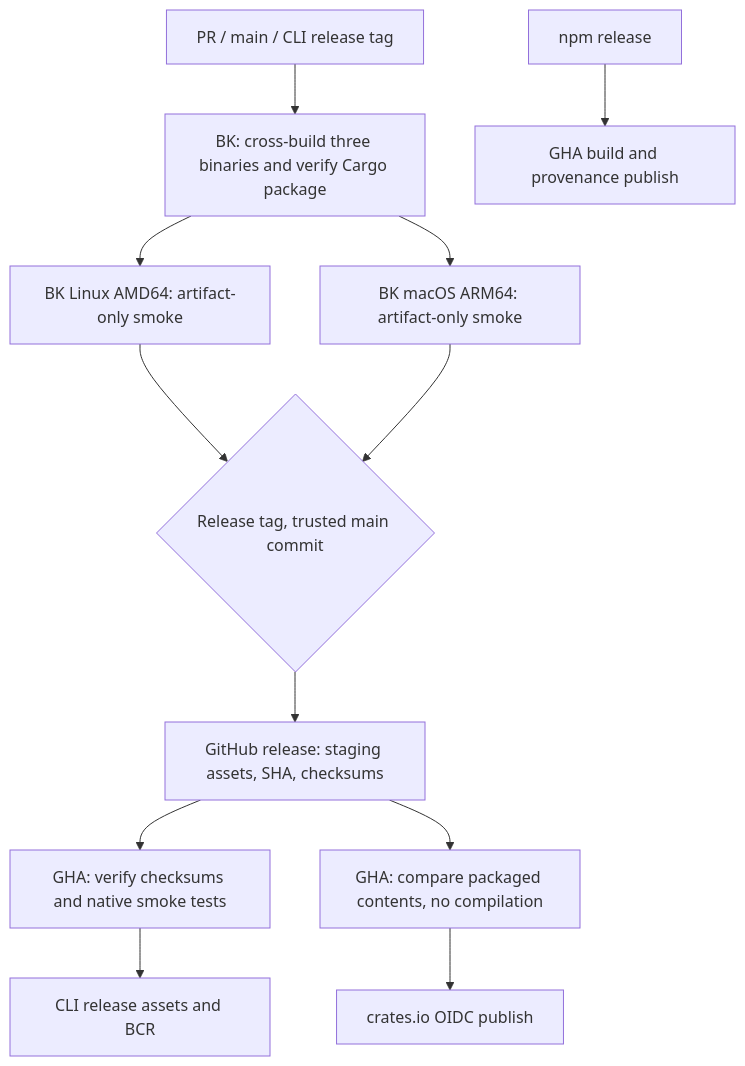
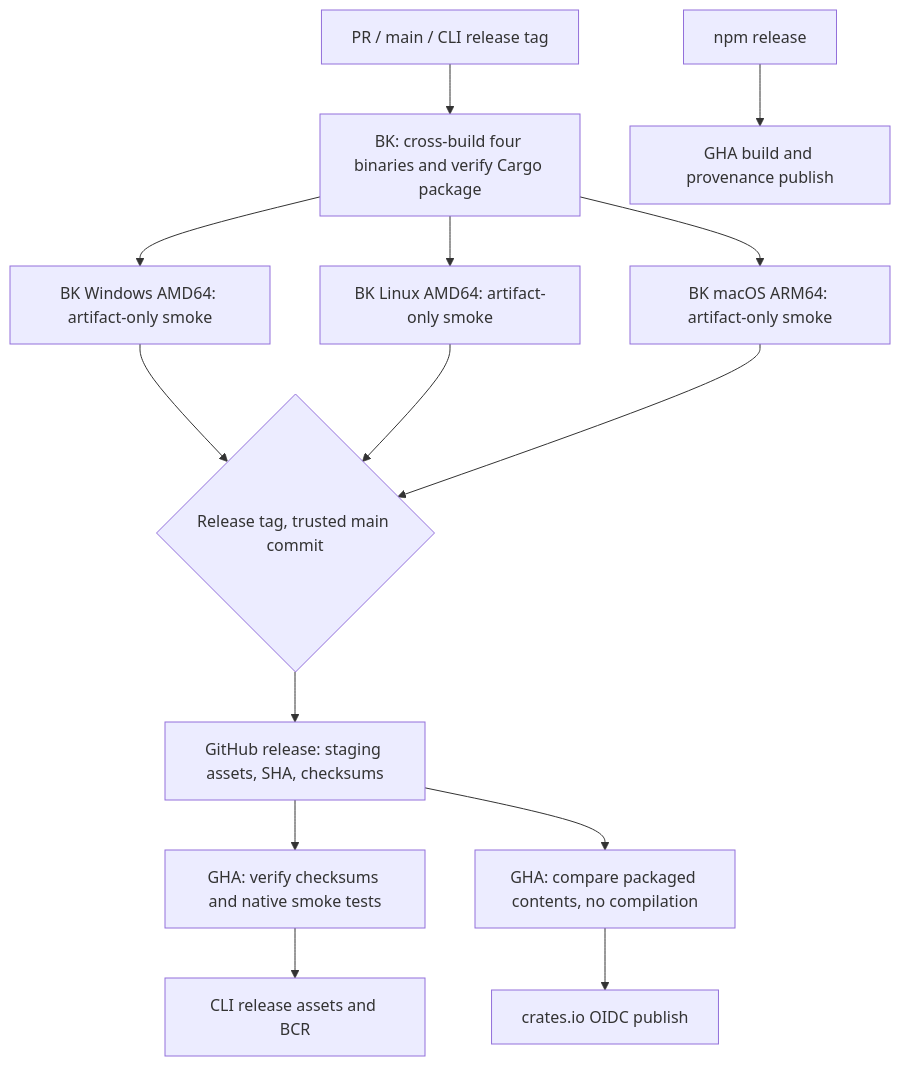
The second of 2 diagrams in .buildkite/README.md (perplexityai/codescythe), drawn with Mermaid before and after one commit. The commit also changed other lines of this file and 11 other files, not shown here.

Commit message:
ci: cross-build and smoke Windows CLI artifacts

````diff
--- a/.buildkite/README.md
+++ b/.buildkite/README.md
@@ -37,14 +37,16 @@
 ```mermaid
 flowchart TD
-  Build[PR / main / CLI release tag] --> BK[BK: cross-build three binaries and verify Cargo package]
+  Build[PR / main / CLI release tag] --> BK[BK: cross-build four binaries and verify Cargo package]
   BK --> Linux[BK Linux AMD64: artifact-only smoke]
   BK --> Mac[BK macOS ARM64: artifact-only smoke]
+  BK --> Windows[BK Windows AMD64: artifact-only smoke]
+  Windows --> Gate
   Linux --> Gate{Release tag, trusted main commit}
   Mac --> Gate
   Gate --> Assets[GitHub release: staging assets, SHA, checksums]
   Assets --> CLI[GHA: verify checksums and native smoke tests]
   CLI --> Release[CLI release assets and BCR]
   Assets --> Crate[GHA: compare packaged contents, no compilation]
   Crate --> Publish[crates.io OIDC publish]
   NPM[npm release] --> GHBuild[GHA build and provenance publish]
 ```
````
